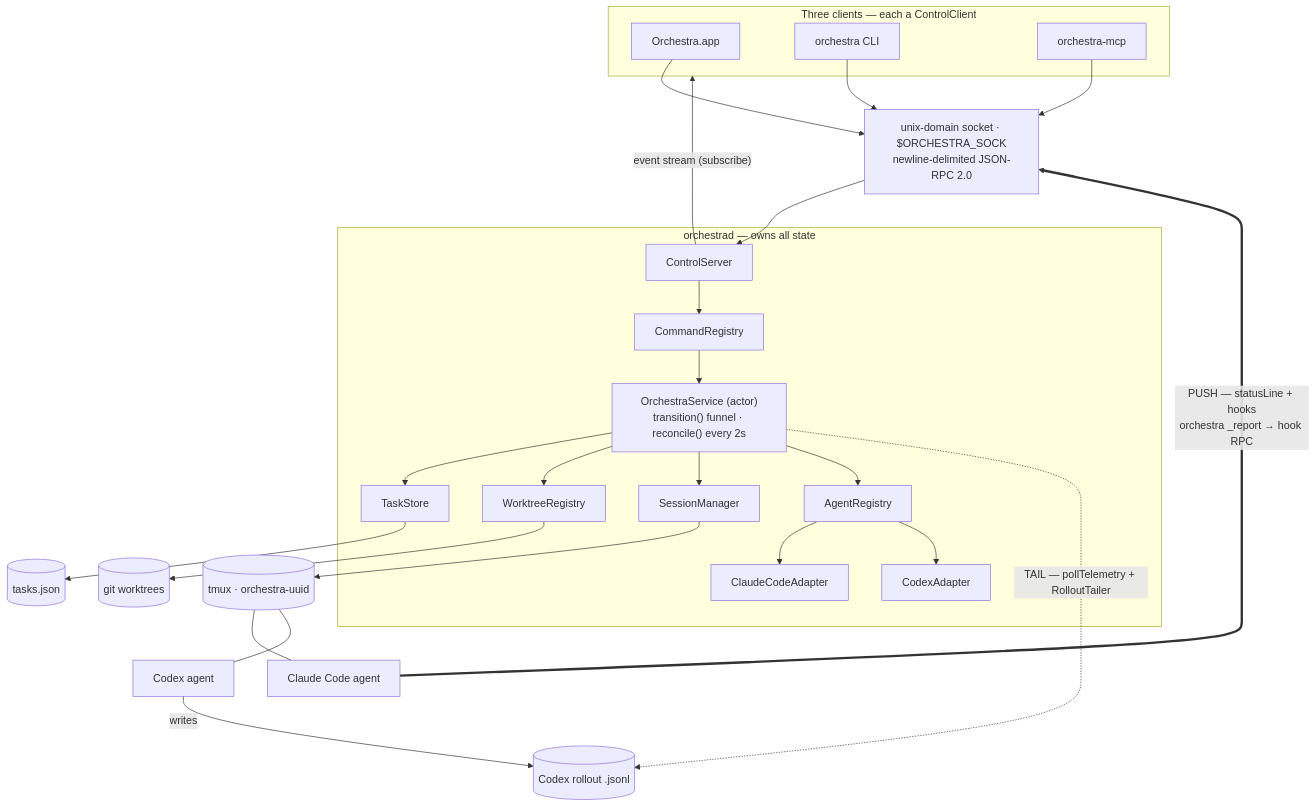
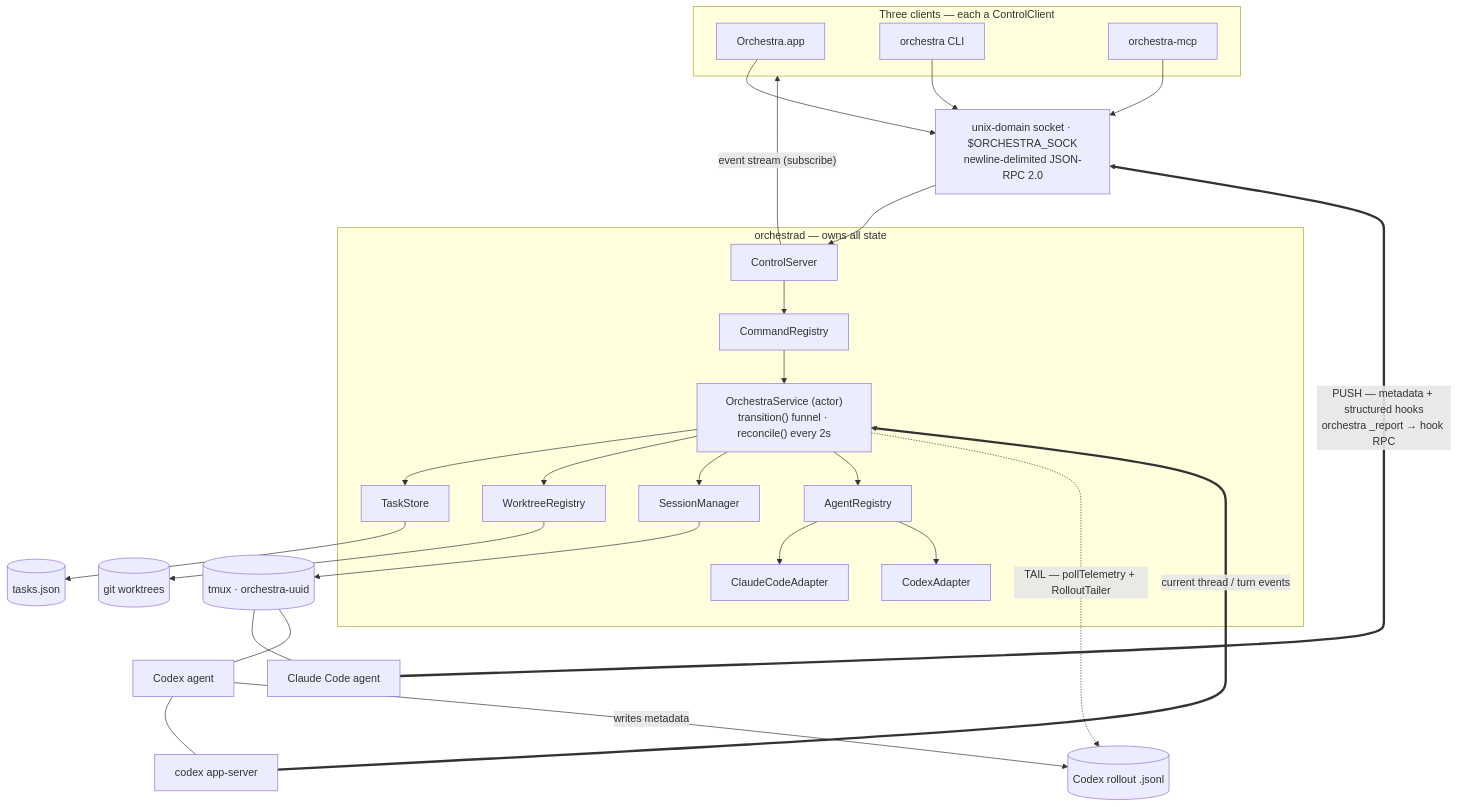
The diagram in README.md (PeiAllen/claude-kanban), drawn with Mermaid before and after one commit. The commit also changed other lines of this file and 11 other files, not shown here.

````diff
--- a/README.md
+++ b/README.md
@@ -102,38 +104,40 @@
 ```mermaid
 flowchart TB
   subgraph clients["Three clients — each a ControlClient"]
     APP["Orchestra.app"]
     CLI["orchestra CLI"]
     MCP["orchestra-mcp"]
   end
 
   UDS["unix-domain socket · $ORCHESTRA_SOCK<br/>newline-delimited JSON-RPC 2.0"]
 
   APP --> UDS
   CLI --> UDS
   MCP --> UDS
   UDS --> CS
   CS -->|"event stream (subscribe)"| clients
 
   subgraph daemon["orchestrad — owns all state"]
     CS["ControlServer"] --> REG["CommandRegistry"]
     REG --> SVC["OrchestraService (actor)<br/>transition() funnel · reconcile() every 2s"]
     SVC --> TS["TaskStore"]
     SVC --> WR["WorktreeRegistry"]
     SVC --> SM["SessionManager"]
     SVC --> AR["AgentRegistry"]
     AR --> CCA["ClaudeCodeAdapter"]
     AR --> CXA["CodexAdapter"]
   end
 
   TS --> JSONF[("tasks.json")]
   WR --> GIT[("git worktrees")]
   SM --> TMUX[("tmux · orchestra-uuid")]
 
   TMUX --- CLAUDE["Claude Code agent"]
   TMUX --- CODEX["Codex agent"]
 
-  CLAUDE ==>|"PUSH — statusLine + hooks<br/>orchestra _report → hook RPC"| UDS
-  CODEX -->|"writes"| ROLL[("Codex rollout .jsonl")]
+  CLAUDE ==>|"PUSH — metadata + structured hooks<br/>orchestra _report → hook RPC"| UDS
+  CODEX --- AS["codex app-server"]
+  AS ==>|"current thread / turn events"| SVC
+  CODEX -->|"writes metadata"| ROLL[("Codex rollout .jsonl")]
   SVC -.->|"TAIL — pollTelemetry + RolloutTailer"| ROLL
 ```
````
